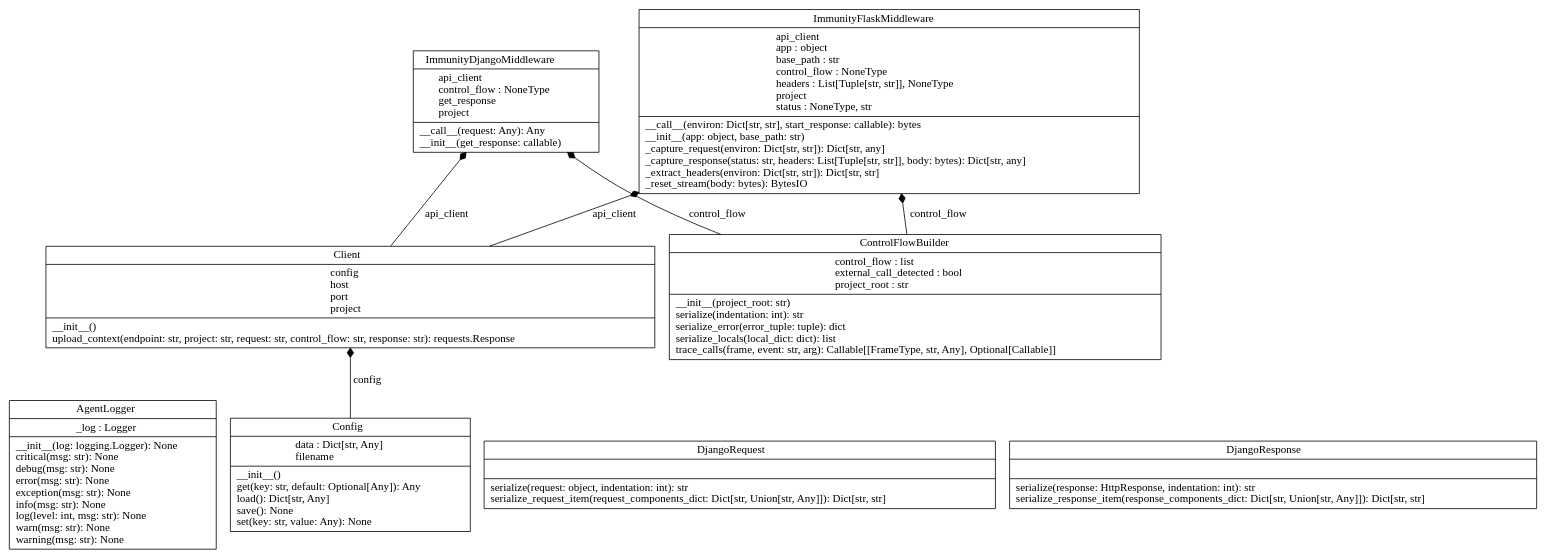
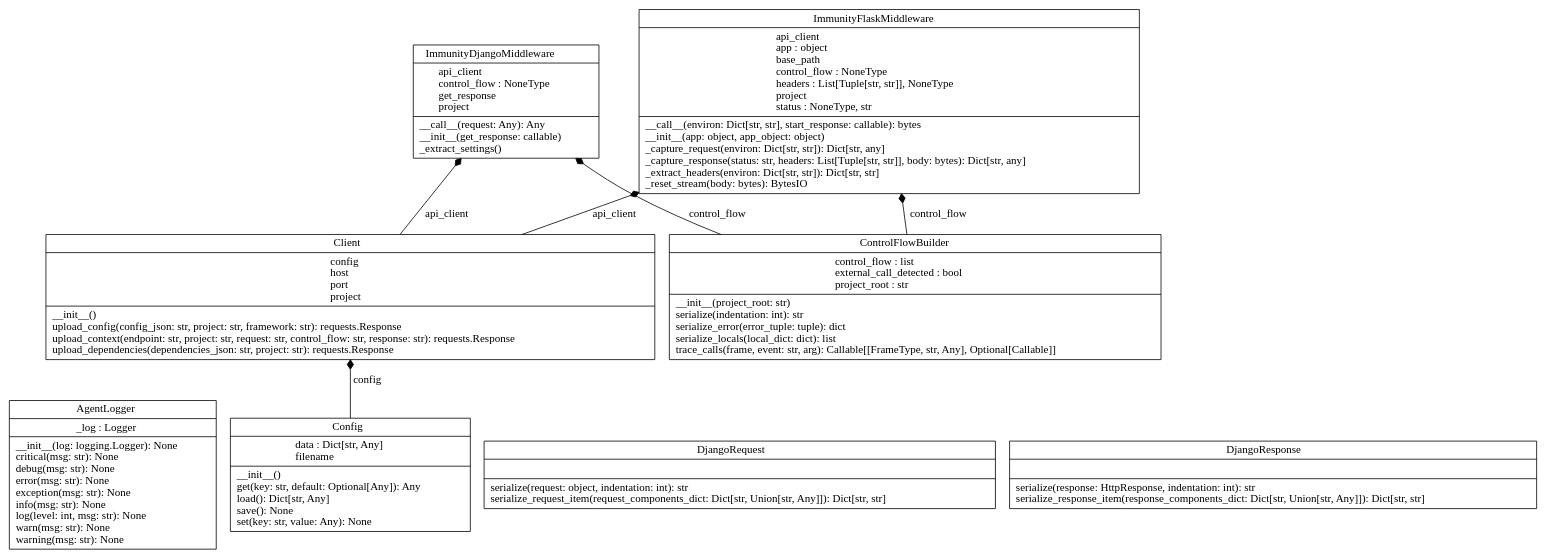
One commit to light-hat/immunity-python-agent changed the diagram in diagrams/classes.dot. Above: the diagram before and after it, drawn with Graphviz. The commit also changed 8 other files, not shown here.

```diff
--- a/diagrams/classes.dot
+++ b/diagrams/classes.dot
@@ -1,17 +1,17 @@
 digraph "classes" {
 rankdir=BT
 charset="utf-8"
 "immunity_agent.logger.AgentLogger" [color="black", fontcolor="black", label=<{AgentLogger|_log : Logger<br ALIGN="LEFT"/>|__init__(log: logging.Logger): None<br ALIGN="LEFT"/>critical(msg: str): None<br ALIGN="LEFT"/>debug(msg: str): None<br ALIGN="LEFT"/>error(msg: str): None<br ALIGN="LEFT"/>exception(msg: str): None<br ALIGN="LEFT"/>info(msg: str): None<br ALIGN="LEFT"/>log(level: int, msg: str): None<br ALIGN="LEFT"/>warn(msg: str): None<br ALIGN="LEFT"/>warning(msg: str): None<br ALIGN="LEFT"/>}>, shape="record", style="solid"];
-"immunity_agent.api.client.Client" [color="black", fontcolor="black", label=<{Client|config<br ALIGN="LEFT"/>host<br ALIGN="LEFT"/>port<br ALIGN="LEFT"/>project<br ALIGN="LEFT"/>|__init__()<br ALIGN="LEFT"/>upload_context(endpoint: str, project: str, request: str, control_flow: str, response: str): requests.Response<br ALIGN="LEFT"/>}>, shape="record", style="solid"];
+"immunity_agent.api.client.Client" [color="black", fontcolor="black", label=<{Client|config<br ALIGN="LEFT"/>host<br ALIGN="LEFT"/>port<br ALIGN="LEFT"/>project<br ALIGN="LEFT"/>|__init__()<br ALIGN="LEFT"/>upload_config(config_json: str, project: str, framework: str): requests.Response<br ALIGN="LEFT"/>upload_context(endpoint: str, project: str, request: str, control_flow: str, response: str): requests.Response<br ALIGN="LEFT"/>upload_dependencies(dependencies_json: str, project: str): requests.Response<br ALIGN="LEFT"/>}>, shape="record", style="solid"];
 "immunity_agent.config.Config" [color="black", fontcolor="black", label=<{Config|data : Dict[str, Any]<br ALIGN="LEFT"/>filename<br ALIGN="LEFT"/>|__init__()<br ALIGN="LEFT"/>get(key: str, default: Optional[Any]): Any<br ALIGN="LEFT"/>load(): Dict[str, Any]<br ALIGN="LEFT"/>save(): None<br ALIGN="LEFT"/>set(key: str, value: Any): None<br ALIGN="LEFT"/>}>, shape="record", style="solid"];
 "immunity_agent.control_flow.control_flow.ControlFlowBuilder" [color="black", fontcolor="black", label=<{ControlFlowBuilder|control_flow : list<br ALIGN="LEFT"/>external_call_detected : bool<br ALIGN="LEFT"/>project_root : str<br ALIGN="LEFT"/>|__init__(project_root: str)<br ALIGN="LEFT"/>serialize(indentation: int): str<br ALIGN="LEFT"/>serialize_error(error_tuple: tuple): dict<br ALIGN="LEFT"/>serialize_locals(local_dict: dict): list<br ALIGN="LEFT"/>trace_calls(frame, event: str, arg): Callable[[FrameType, str, Any], Optional[Callable]]<br ALIGN="LEFT"/>}>, shape="record", style="solid"];
 "immunity_agent.request.django_request.DjangoRequest" [color="black", fontcolor="black", label=<{DjangoRequest|<br ALIGN="LEFT"/>|serialize(request: object, indentation: int): str<br ALIGN="LEFT"/>serialize_request_item(request_components_dict: Dict[str, Union[str, Any]]): Dict[str, str]<br ALIGN="LEFT"/>}>, shape="record", style="solid"];
 "immunity_agent.response.django_response.DjangoResponse" [color="black", fontcolor="black", label=<{DjangoResponse|<br ALIGN="LEFT"/>|serialize(response: HttpResponse, indentation: int): str<br ALIGN="LEFT"/>serialize_response_item(response_components_dict: Dict[str, Union[str, Any]]): Dict[str, str]<br ALIGN="LEFT"/>}>, shape="record", style="solid"];
-"immunity_agent.middlewares.django_middleware.ImmunityDjangoMiddleware" [color="black", fontcolor="black", label=<{ImmunityDjangoMiddleware|api_client<br ALIGN="LEFT"/>control_flow : NoneType<br ALIGN="LEFT"/>get_response<br ALIGN="LEFT"/>project<br ALIGN="LEFT"/>|__call__(request: Any): Any<br ALIGN="LEFT"/>__init__(get_response: callable)<br ALIGN="LEFT"/>}>, shape="record", style="solid"];
-"immunity_agent.middlewares.flask_middleware.ImmunityFlaskMiddleware" [color="black", fontcolor="black", label=<{ImmunityFlaskMiddleware|api_client<br ALIGN="LEFT"/>app : object<br ALIGN="LEFT"/>base_path : str<br ALIGN="LEFT"/>control_flow : NoneType<br ALIGN="LEFT"/>headers : List[Tuple[str, str]], NoneType<br ALIGN="LEFT"/>project<br ALIGN="LEFT"/>status : NoneType, str<br ALIGN="LEFT"/>|__call__(environ: Dict[str, str], start_response: callable): bytes<br ALIGN="LEFT"/>__init__(app: object, base_path: str)<br ALIGN="LEFT"/>_capture_request(environ: Dict[str, str]): Dict[str, any]<br ALIGN="LEFT"/>_capture_response(status: str, headers: List[Tuple[str, str]], body: bytes): Dict[str, any]<br ALIGN="LEFT"/>_extract_headers(environ: Dict[str, str]): Dict[str, str]<br ALIGN="LEFT"/>_reset_stream(body: bytes): BytesIO<br ALIGN="LEFT"/>}>, shape="record", style="solid"];
+"immunity_agent.middlewares.django_middleware.ImmunityDjangoMiddleware" [color="black", fontcolor="black", label=<{ImmunityDjangoMiddleware|api_client<br ALIGN="LEFT"/>control_flow : NoneType<br ALIGN="LEFT"/>get_response<br ALIGN="LEFT"/>project<br ALIGN="LEFT"/>|__call__(request: Any): Any<br ALIGN="LEFT"/>__init__(get_response: callable)<br ALIGN="LEFT"/>_extract_settings()<br ALIGN="LEFT"/>}>, shape="record", style="solid"];
+"immunity_agent.middlewares.flask_middleware.ImmunityFlaskMiddleware" [color="black", fontcolor="black", label=<{ImmunityFlaskMiddleware|api_client<br ALIGN="LEFT"/>app : object<br ALIGN="LEFT"/>base_path<br ALIGN="LEFT"/>control_flow : NoneType<br ALIGN="LEFT"/>headers : List[Tuple[str, str]], NoneType<br ALIGN="LEFT"/>project<br ALIGN="LEFT"/>status : NoneType, str<br ALIGN="LEFT"/>|__call__(environ: Dict[str, str], start_response: callable): bytes<br ALIGN="LEFT"/>__init__(app: object, app_object: object)<br ALIGN="LEFT"/>_capture_request(environ: Dict[str, str]): Dict[str, any]<br ALIGN="LEFT"/>_capture_response(status: str, headers: List[Tuple[str, str]], body: bytes): Dict[str, any]<br ALIGN="LEFT"/>_extract_headers(environ: Dict[str, str]): Dict[str, str]<br ALIGN="LEFT"/>_reset_stream(body: bytes): BytesIO<br ALIGN="LEFT"/>}>, shape="record", style="solid"];
 "immunity_agent.api.client.Client" -> "immunity_agent.middlewares.django_middleware.ImmunityDjangoMiddleware" [arrowhead="diamond", arrowtail="none", fontcolor="black", label="api_client", style="solid"];
 "immunity_agent.api.client.Client" -> "immunity_agent.middlewares.flask_middleware.ImmunityFlaskMiddleware" [arrowhead="diamond", arrowtail="none", fontcolor="black", label="api_client", style="solid"];
 "immunity_agent.config.Config" -> "immunity_agent.api.client.Client" [arrowhead="diamond", arrowtail="none", fontcolor="black", label="config", style="solid"];
 "immunity_agent.control_flow.control_flow.ControlFlowBuilder" -> "immunity_agent.middlewares.django_middleware.ImmunityDjangoMiddleware" [arrowhead="diamond", arrowtail="none", fontcolor="black", label="control_flow", style="solid"];
 "immunity_agent.control_flow.control_flow.ControlFlowBuilder" -> "immunity_agent.middlewares.flask_middleware.ImmunityFlaskMiddleware" [arrowhead="diamond", arrowtail="none", fontcolor="black", label="control_flow", style="solid"];
 }
```
